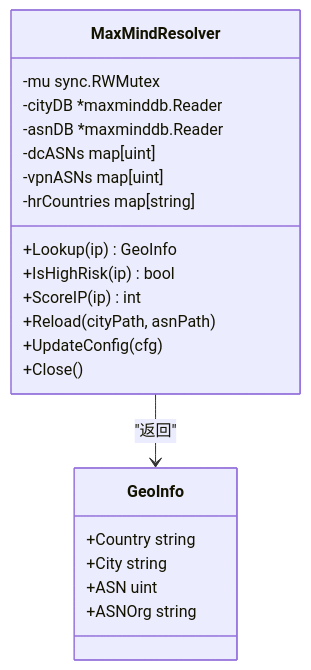
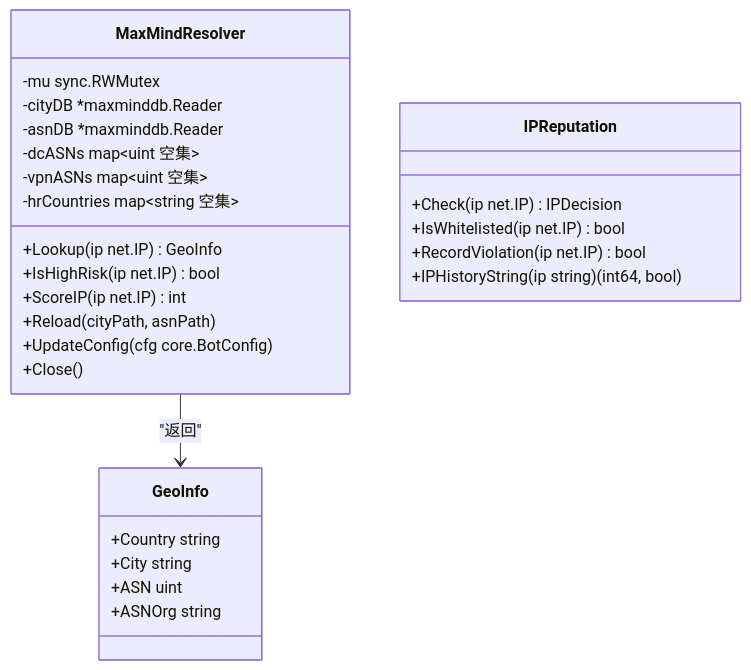
The fifth of 6 diagrams in docs/安全机制/客户端 IP 获取.md (x01n/My-OpenWaf), drawn with Mermaid before and after one commit. The commit also changed other lines of this file and 622 other files, not shown here.

````diff
--- a/docs/安全机制/客户端 IP 获取.md
+++ b/docs/安全机制/客户端 IP 获取.md
@@ -198,24 +373,30 @@
 ```mermaid
 classDiagram
-class MaxMindResolver {
--mu sync.RWMutex
--cityDB *maxminddb.Reader
--asnDB *maxminddb.Reader
--dcASNs map[uint]
--vpnASNs map[uint]
--hrCountries map[string]
-+Lookup(ip) GeoInfo
-+IsHighRisk(ip) bool
-+ScoreIP(ip) int
-+Reload(cityPath, asnPath)
-+UpdateConfig(cfg)
-+Close()
-}
-class GeoInfo {
-+Country string
-+City string
-+ASN uint
-+ASNOrg string
-}
-MaxMindResolver --> GeoInfo : "返回"
+  class MaxMindResolver {
+    -mu sync.RWMutex
+    -cityDB *maxminddb.Reader
+    -asnDB *maxminddb.Reader
+    -dcASNs map~uint 空集~
+    -vpnASNs map~uint 空集~
+    -hrCountries map~string 空集~
+    +Lookup(ip net.IP) GeoInfo
+    +IsHighRisk(ip net.IP) bool
+    +ScoreIP(ip net.IP) int
+    +Reload(cityPath, asnPath)
+    +UpdateConfig(cfg core.BotConfig)
+    +Close()
+  }
+  class GeoInfo {
+    +Country string
+    +City string
+    +ASN uint
+    +ASNOrg string
+  }
+  class IPReputation {
+    +Check(ip net.IP) IPDecision
+    +IsWhitelisted(ip net.IP) bool
+    +RecordViolation(ip net.IP) bool
+    +IPHistoryString(ip string) (int64, bool)
+  }
+  MaxMindResolver --> GeoInfo : "返回"
 ```
````
